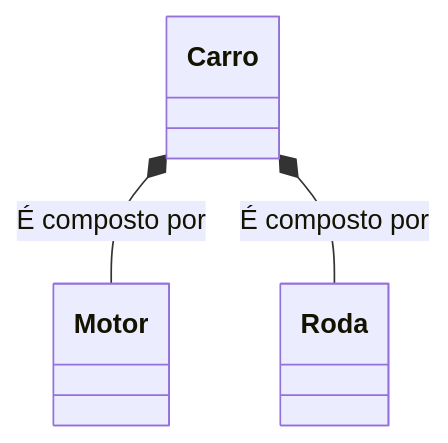
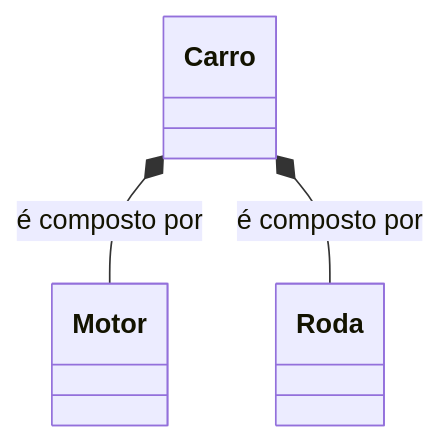
Before and after one commit to efojunior/It_NeoCamp_Java: the second of 11 diagrams in 11.md, drawn with Mermaid. The commit also changed other lines of this file, not shown here.

````diff
--- a/11.md
+++ b/11.md
@@ -18,5 +18,5 @@
 ```mermaid
 classDiagram
-Carro *-- Motor : É composto por 
-Carro *-- Roda : É composto por
+Carro *-- Motor : é composto por
+Carro *-- Roda : é composto por
 ```
````
